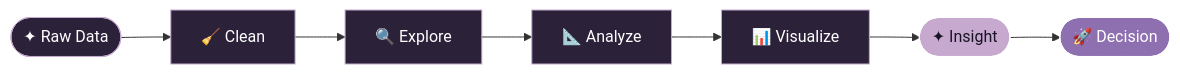
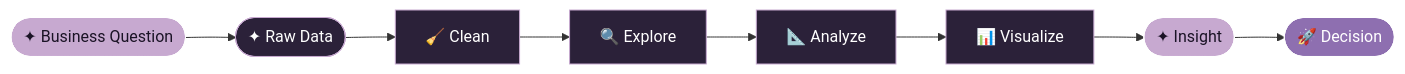
One commit to walaa-abdelkader/walaa-abdelkader changed the first of 2 diagrams in README.md. Above: the diagram before and after it, drawn with Mermaid. The commit also changed other lines of this file, not shown here.

````diff
--- a/README.md
+++ b/README.md
@@ -60,17 +65,19 @@
 ```mermaid
 flowchart LR
-    A([✦ Raw Data]) --> B[🧹 Clean]
-    B --> C[🔍 Explore]
-    C --> D[📐 Analyze]
-    D --> E[📊 Visualize]
-    E --> F([✦ Insight])
-    F --> G([🚀 Decision])
+    A([✦ Business Question]) --> B([✦ Raw Data])
+    B --> C[🧹 Clean]
+    C --> D[🔍 Explore]
+    D --> E[📐 Analyze]
+    E --> F[📊 Visualize]
+    F --> G([✦ Insight])
+    G --> H([🚀 Decision])
 
-    style A fill:#2b2139,stroke:#C7A9D0,color:#fff
+    style A fill:#C7A9D0,stroke:#fff,color:#1a1325
     style B fill:#2b2139,stroke:#C7A9D0,color:#fff
     style C fill:#2b2139,stroke:#C7A9D0,color:#fff
     style D fill:#2b2139,stroke:#C7A9D0,color:#fff
     style E fill:#2b2139,stroke:#C7A9D0,color:#fff
-    style F fill:#C7A9D0,stroke:#fff,color:#1a1325
-    style G fill:#8e6fb0,stroke:#fff,color:#fff
+    style F fill:#2b2139,stroke:#C7A9D0,color:#fff
+    style G fill:#C7A9D0,stroke:#fff,color:#1a1325
+    style H fill:#8e6fb0,stroke:#fff,color:#fff
 ```
````
